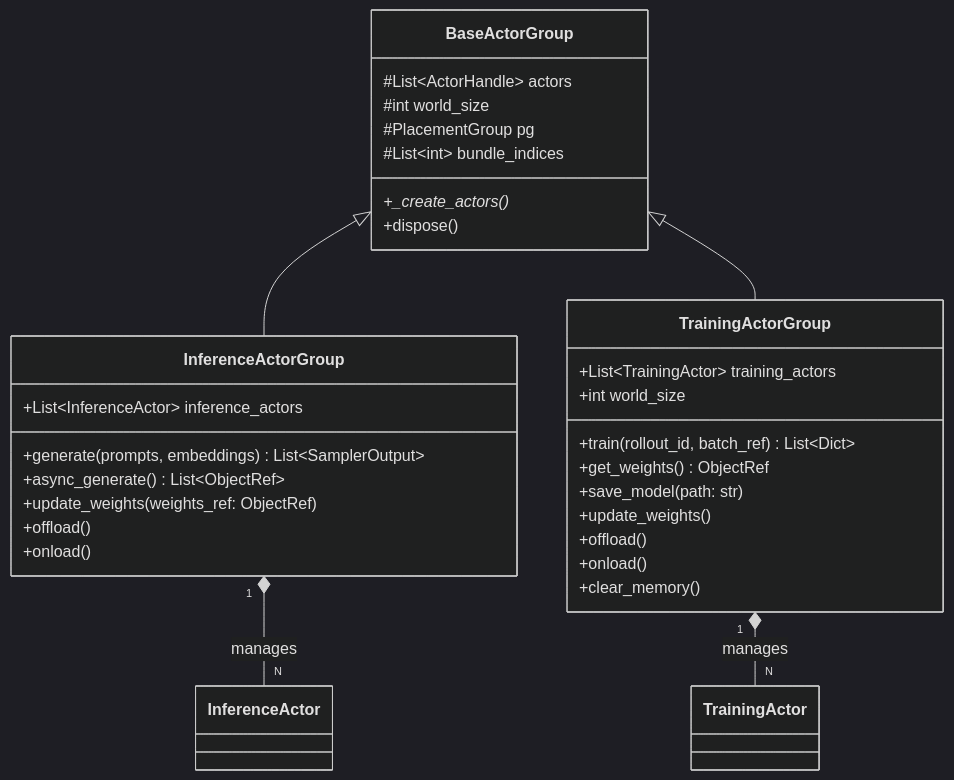
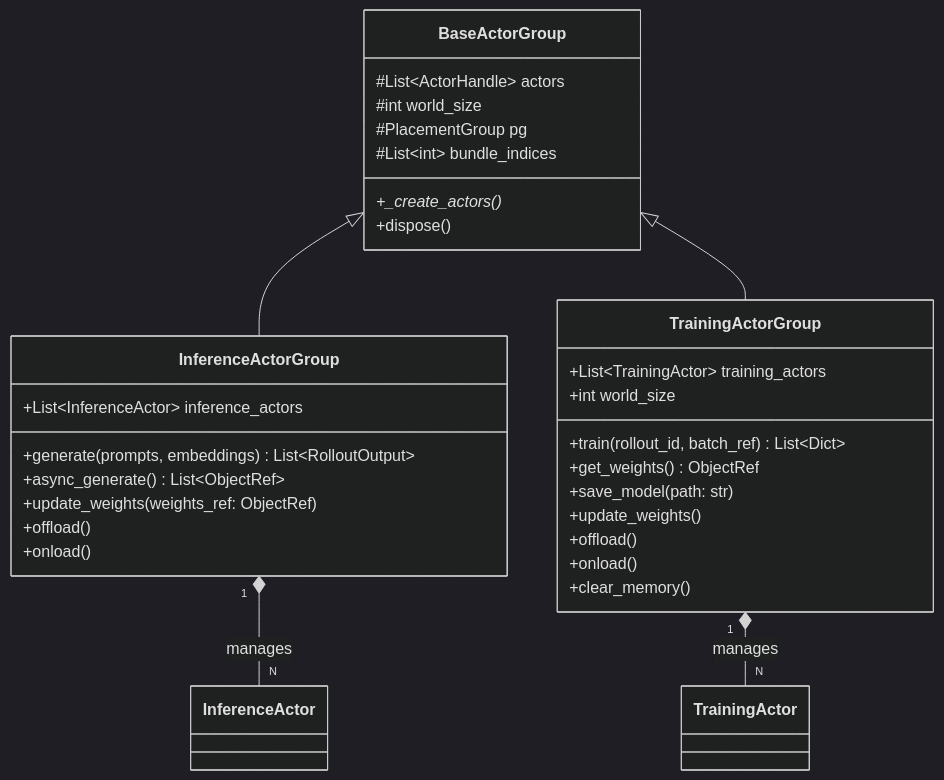
One commit to celve/unirl changed the tenth of 27 diagrams in docs/Diffusion_RL_Design_Analysis.md. Above: the diagram before and after it, drawn with Mermaid (dark theme). The commit also changed other lines of this file and 155 other files, not shown here.

First line of the commit message:
refactor: simplify entry points and align with slime architecture

````diff
--- a/docs/Diffusion_RL_Design_Analysis.md
+++ b/docs/Diffusion_RL_Design_Analysis.md
@@ -1652,38 +1651,38 @@
 ```mermaid
 classDiagram
     class BaseActorGroup {
         #List~ActorHandle~ actors
         #int world_size
         #PlacementGroup pg
         #List~int~ bundle_indices
         +_create_actors()*
         +dispose()
     }
 
     class InferenceActorGroup {
         +List~InferenceActor~ inference_actors
-        +generate(prompts, embeddings) List~SamplerOutput~
+        +generate(prompts, embeddings) List~RolloutOutput~
         +async_generate() List~ObjectRef~
         +update_weights(weights_ref: ObjectRef)
         +offload()
         +onload()
     }
 
     class TrainingActorGroup {
         +List~TrainingActor~ training_actors
         +int world_size
         +train(rollout_id, batch_ref) List~Dict~
         +get_weights() ObjectRef
         +save_model(path: str)
         +update_weights()
         +offload()
         +onload()
         +clear_memory()
     }
 
     BaseActorGroup <|-- InferenceActorGroup
     BaseActorGroup <|-- TrainingActorGroup
 
     InferenceActorGroup "1" *-- "N" InferenceActor : manages
     TrainingActorGroup "1" *-- "N" TrainingActor : manages
 ```
````
